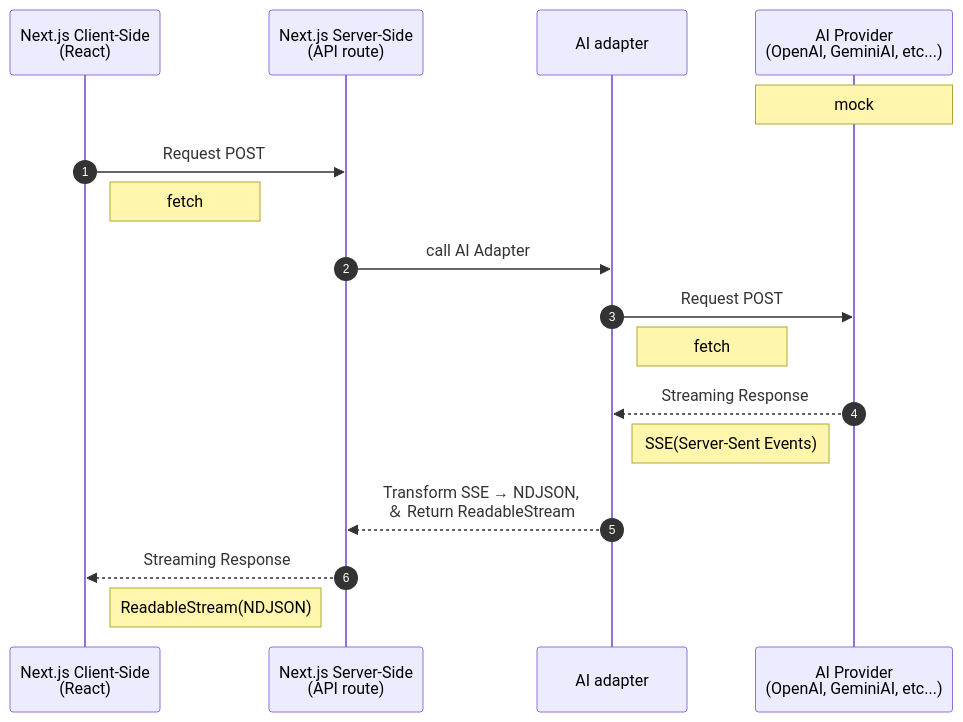
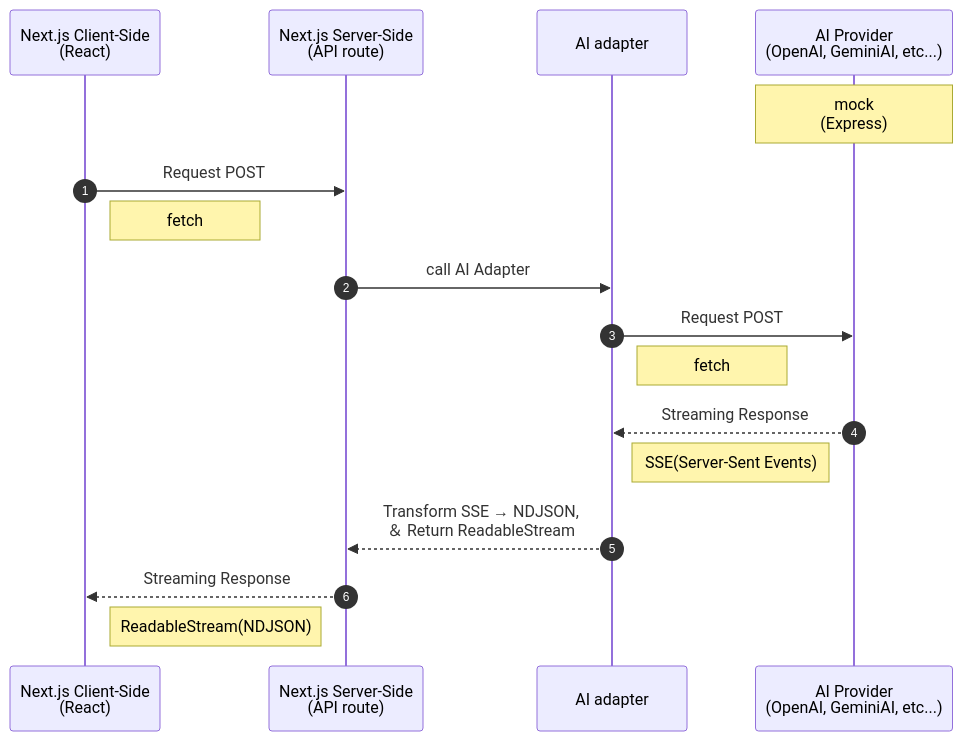
Before and after one commit to sudo-yoko/portfolio-nextjs: the diagram in _docs/chat/sequenceDiagram.md, drawn with Mermaid.

````diff
--- a/_docs/chat/sequenceDiagram.md
+++ b/_docs/chat/sequenceDiagram.md
@@ -1,27 +1,27 @@
  ```mermaid
 
 sequenceDiagram
 autonumber
 participant C as Next.js Client-Side<br>(React)
 participant S as Next.js Server-Side<br>(API route)
 participant AD as AI adapter
 participant A as AI Provider<br>(OpenAI, GeminiAI, etc...)
-Note over A: mock
+Note over A: mock<br>(Express)
 
 C->>S: Request POST
 Note right of C: fetch
 
 S->>AD: call AI Adapter
 
 AD->>A: Request POST
 Note Right of AD: fetch
 
 A-->>AD: Streaming Response
 Note left of A: SSE(Server-Sent Events)
 
 AD-->>S: Transform SSE → NDJSON,<br>＆ Return ReadableStream
 
 S-->>C: Streaming Response
 Note left of S: ReadableStream(NDJSON)
 
  ```
````
